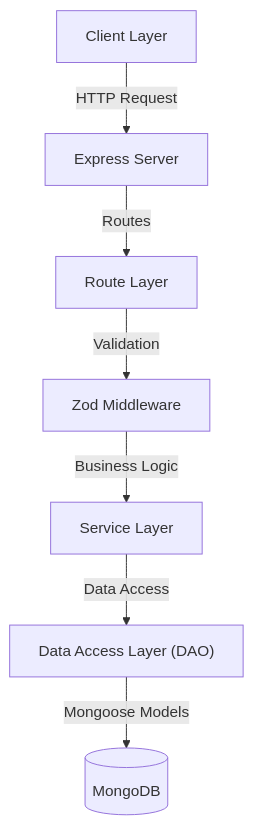
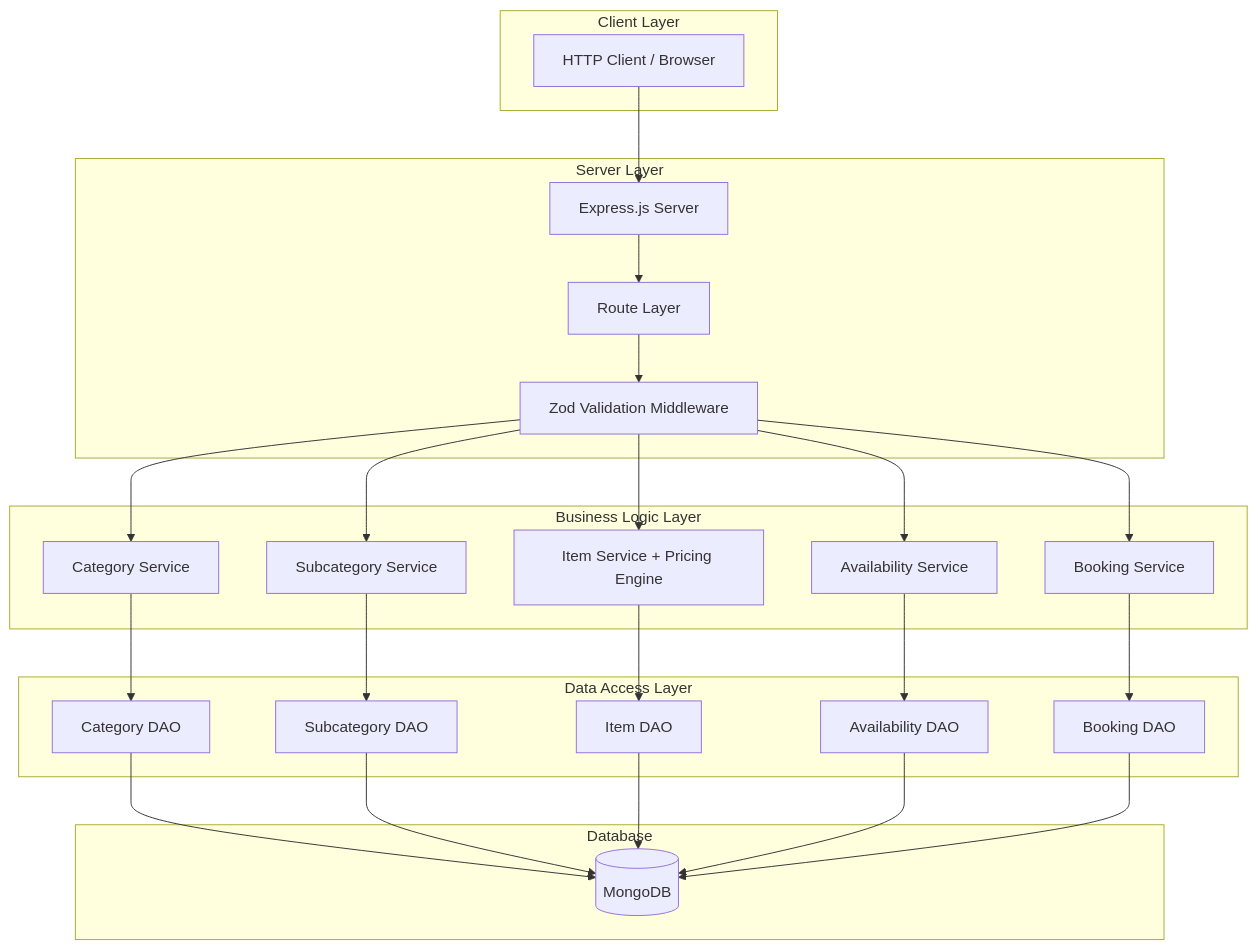
Before and after one commit to VoiD254/guestara-assignment: the first of 3 diagrams in README.md, drawn with Mermaid. The commit also changed other lines of this file and 1 other file, not shown here.

````diff
--- a/README.md
+++ b/README.md
@@ -34,9 +58,53 @@
 ```mermaid
 graph TD
-    Client["Client Layer"] -->|HTTP Request| Server["Express Server"]
-    Server -->|Routes| RouteLayer["Route Layer"]
-    RouteLayer -->|Validation| Middleware["Zod Middleware"]
-    Middleware -->|Business Logic| ServiceLayer["Service Layer"]
-    ServiceLayer -->|Data Access| DalLayer["Data Access Layer (DAO)"]
-    DalLayer -->|Mongoose Models| DB[("MongoDB")]
+    subgraph "Client Layer"
+        Client["HTTP Client / Browser"]
+    end
+    
+    subgraph "Server Layer"
+        Express["Express.js Server"]
+        Routes["Route Layer"]
+        Middleware["Zod Validation Middleware"]
+    end
+    
+    subgraph "Business Logic Layer"
+        CategoryService["Category Service"]
+        SubcategoryService["Subcategory Service"]
+        ItemService["Item Service + Pricing Engine"]
+        AvailabilityService["Availability Service"]
+        BookingService["Booking Service"]
+    end
+    
+    subgraph "Data Access Layer"
+        CategoryDAO["Category DAO"]
+        SubcategoryDAO["Subcategory DAO"]
+        ItemDAO["Item DAO"]
+        AvailabilityDAO["Availability DAO"]
+        BookingDAO["Booking DAO"]
+    end
+    
+    subgraph "Database"
+        MongoDB[(MongoDB)]
+    end
+    
+    Client --> Express
+    Express --> Routes
+    Routes --> Middleware
+    Middleware --> CategoryService
+    Middleware --> SubcategoryService
+    Middleware --> ItemService
+    Middleware --> AvailabilityService
+    Middleware --> BookingService
+    
+    CategoryService --> CategoryDAO
+    SubcategoryService --> SubcategoryDAO
+    ItemService --> ItemDAO
+    AvailabilityService --> AvailabilityDAO
+    BookingService --> BookingDAO
+    
+    CategoryDAO --> MongoDB
+    SubcategoryDAO --> MongoDB
+    ItemDAO --> MongoDB
+    AvailabilityDAO --> MongoDB
+    BookingDAO --> MongoDB
 ```
````
